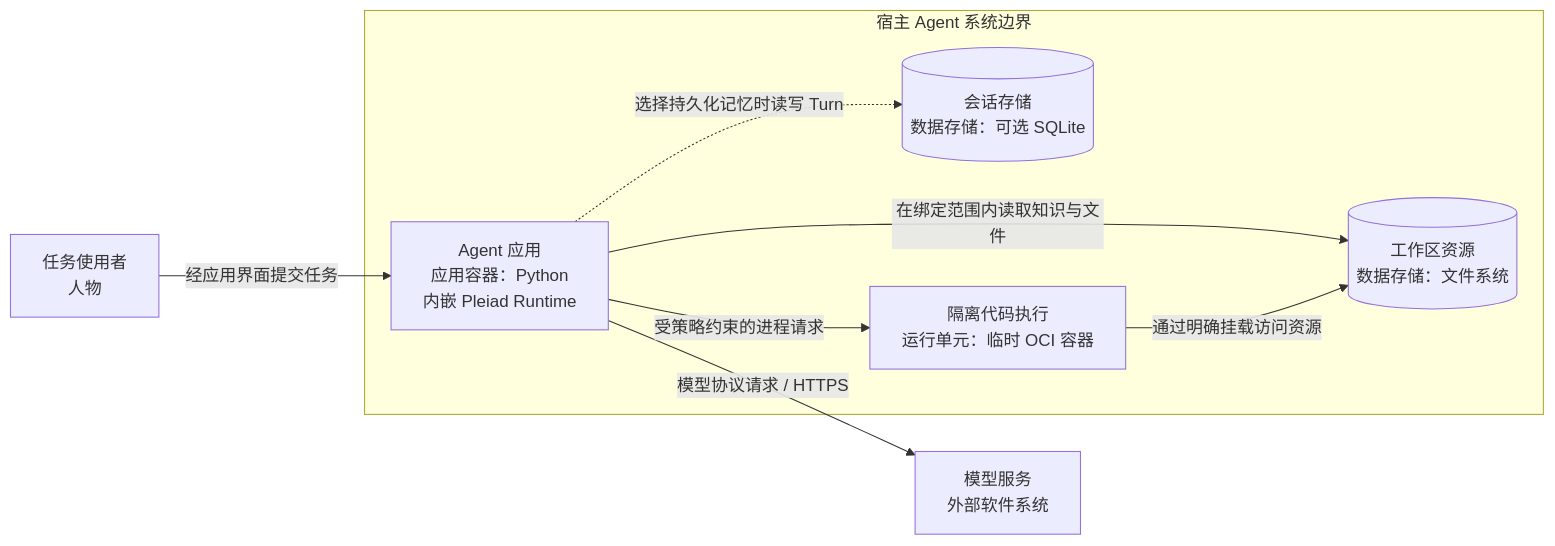
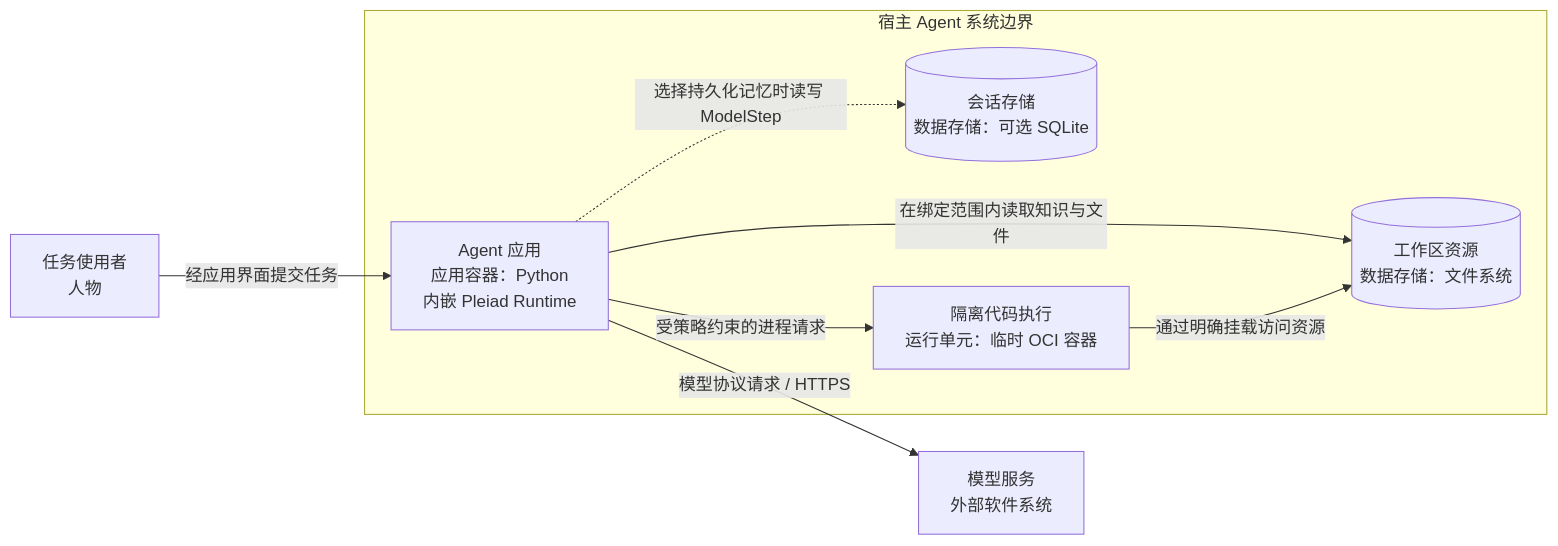
Before and after one commit to RyzeAngler/Pleiad: the second of 3 diagrams in docs/pleiad-architecture.md, drawn with Mermaid. The commit also changed other lines of this file and 276 other files, not shown here.

````diff
--- a/docs/pleiad-architecture.md
+++ b/docs/pleiad-architecture.md
@@ -65,19 +71,19 @@
 ```mermaid
 flowchart LR
     User["任务使用者<br/>人物"]
     Model["模型服务<br/>外部软件系统"]
 
     subgraph System["宿主 Agent 系统边界"]
         App["Agent 应用<br/>应用容器：Python<br/>内嵌 Pleiad Runtime"]
         Memory[("会话存储<br/>数据存储：可选 SQLite")]
         Files[("工作区资源<br/>数据存储：文件系统")]
         Execution["隔离代码执行<br/>运行单元：临时 OCI 容器"]
     end
 
     User -->|"经应用界面提交任务"| App
     App -->|"模型协议请求 / HTTPS"| Model
-    App -.->|"选择持久化记忆时读写 Turn"| Memory
+    App -.->|"选择持久化记忆时读写 ModelStep"| Memory
     App -->|"在绑定范围内读取知识与文件"| Files
     App -->|"受策略约束的进程请求"| Execution
     Execution -->|"通过明确挂载访问资源"| Files
 ```
````
